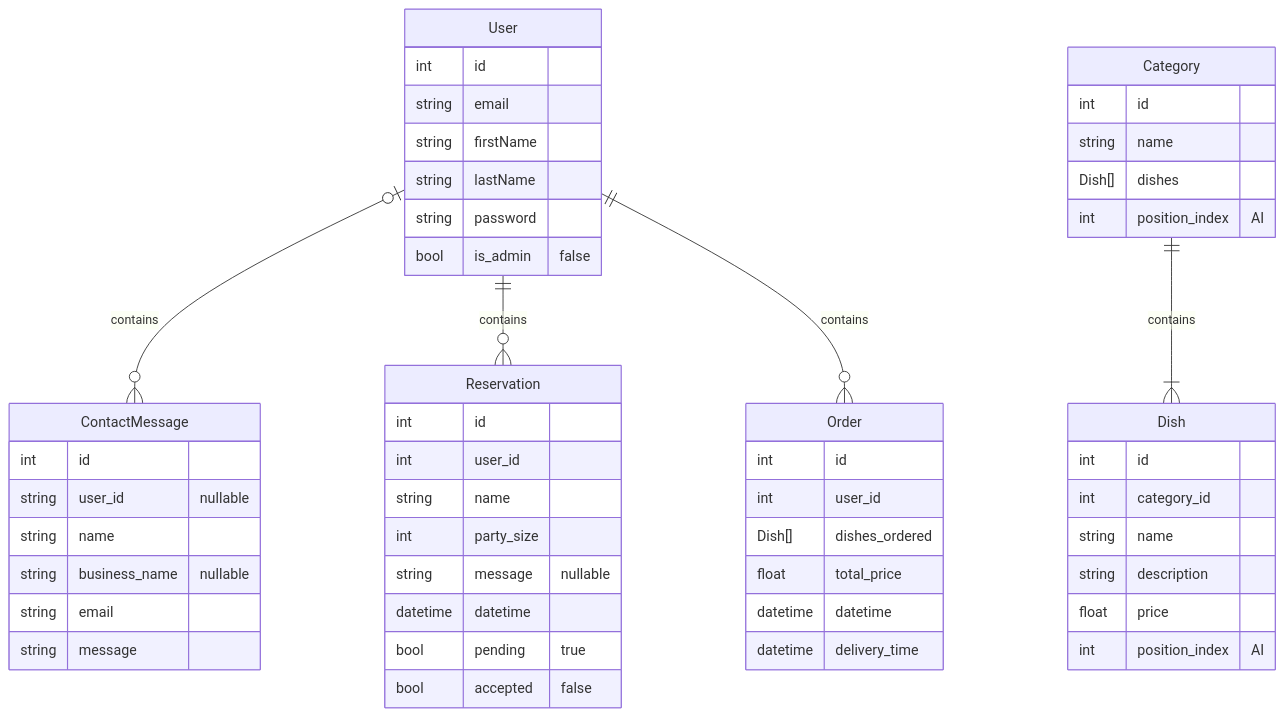
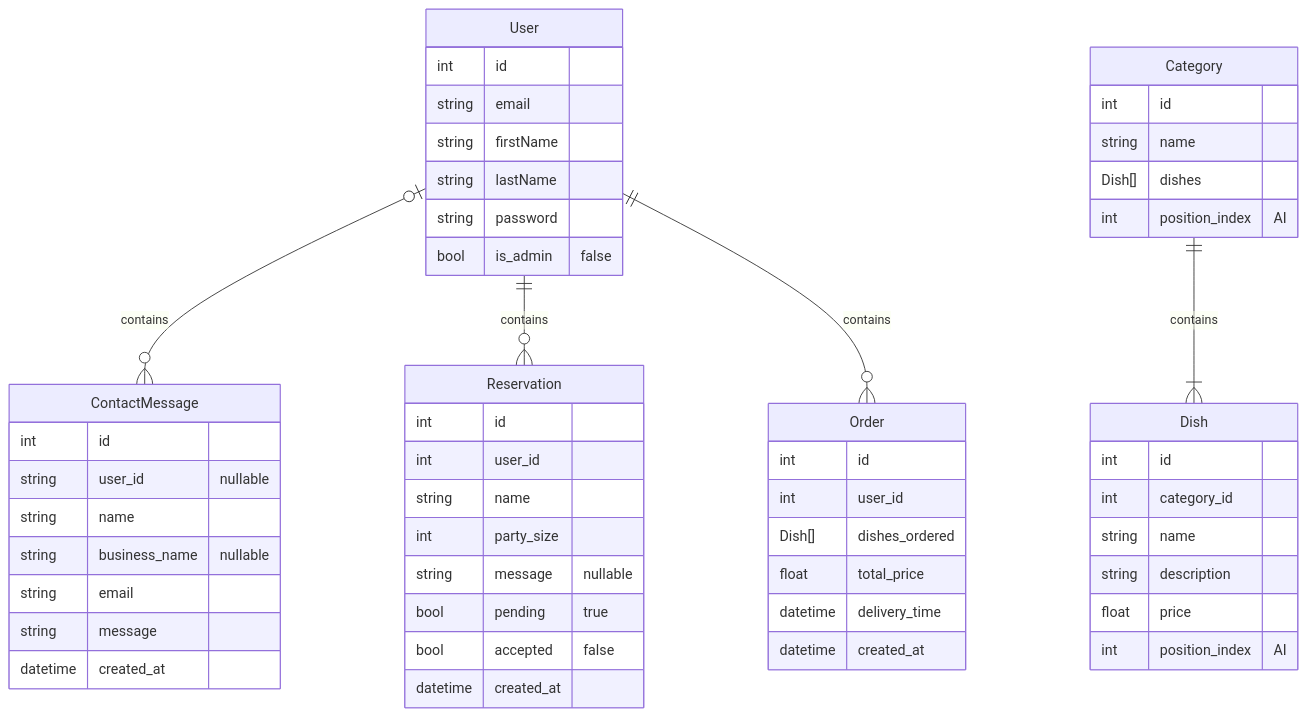
One commit to Rutger505/cafe-pronk-backend changed the diagram in docs/sdd.md. Above: the diagram before and after it, drawn with Mermaid.

Commit message:
Add timestamps

````diff
--- a/docs/sdd.md
+++ b/docs/sdd.md
@@ -7,62 +7,63 @@
 ```mermaid
 erDiagram
     User {
         int id
         string email
         string firstName
         string lastName
         string password
         bool is_admin "false"
     }
     
     User |o--o{ ContactMessage: contains
     User ||--o{ Reservation: contains
     User ||--o{ Order: contains
 
     ContactMessage {
         int id
         string user_id "nullable"
         string name
         string business_name "nullable"
         string email
         string message
+        datetime created_at
     }
 
     Reservation {
         int id
         int user_id 
         string name
         int party_size
         string message "nullable"
-        datetime datetime
         bool pending "true"
         bool accepted "false"
+        datetime created_at
     }
     
     Order {
         int id
         int user_id
         Dish[] dishes_ordered
         float total_price
-        datetime datetime
         datetime delivery_time
+        datetime created_at
     }
 
     Category {
         int id
         string name
         Dish[] dishes
         int position_index "AI"
     }
 
     Category ||--|{ Dish: contains
  
     Dish {
         int id
         int category_id
         string name
         string description
         float price
         int position_index "AI"
     }
 ```
````
